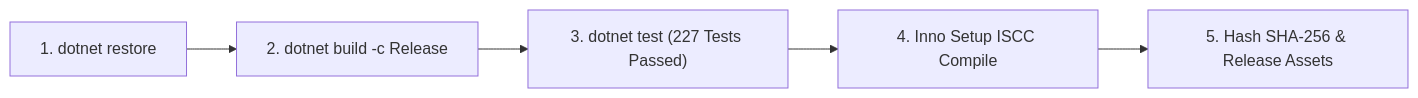
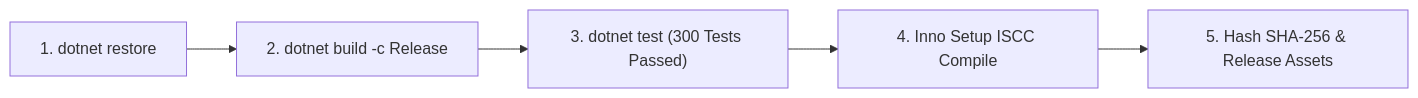
Before and after one commit to Nguyen-Trung-Tien/WinCarePro: the diagram in rules/08_RELEASE_PACKAGING_AND_CICD_RULES.md, drawn with Mermaid. The commit also changed other lines of this file and 36 other files, not shown here.

````diff
--- a/rules/08_RELEASE_PACKAGING_AND_CICD_RULES.md
+++ b/rules/08_RELEASE_PACKAGING_AND_CICD_RULES.md
@@ -59,7 +62,7 @@
 ```mermaid
 graph LR
     Step1["1. dotnet restore"] --> Step2["2. dotnet build -c Release"]
-    Step2 --> Step3["3. dotnet test (227 Tests Passed)"]
+    Step2 --> Step3["3. dotnet test (300 Tests Passed)"]
     Step3 --> Step4["4. Inno Setup ISCC Compile"]
     Step4 --> Step5["5. Hash SHA-256 & Release Assets"]
 ```
````
